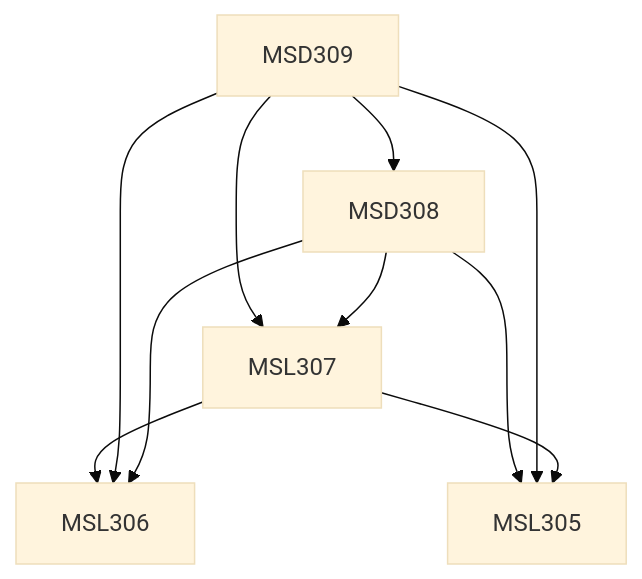
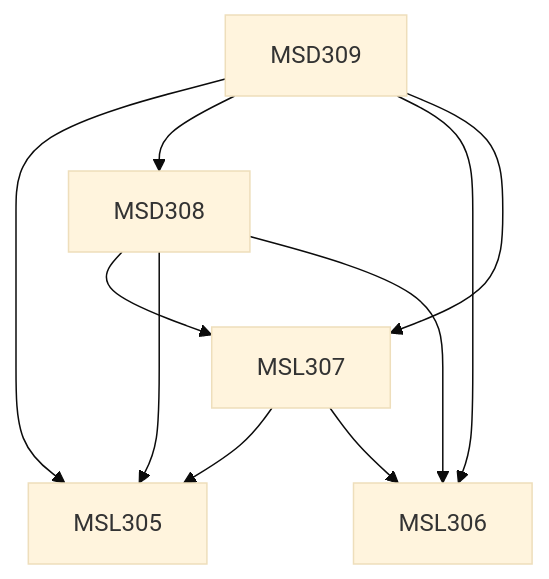
The diagram in content/Management Studies/MSD309.md (KeshavBansal0122/CoS_Website), drawn with Mermaid (base theme) before and after one commit. The commit also changed other lines of this file and 392 other files, not shown here.

````diff
--- a/content/Management Studies/MSD309.md
+++ b/content/Management Studies/MSD309.md
@@ -13,16 +13,16 @@
 ```mermaid
 flowchart TD
 MSD309-509[MSD309]
+MSD308-509 --> MSL307-509[MSL307]
+MSD308-509 --> MSL305-509[MSL305]
+MSD309-509 --> MSL305-509[MSL305]
+MSD309-509 --> MSD308-509[MSD308]
+MSD309-509 --> MSL306-509[MSL306]
+MSD309-509 --> MSL307-509[MSL307]
+MSL307-509 --> MSL305-509[MSL305]
 MSL307-509 --> MSL306-509[MSL306]
-MSD308-509 --> MSL305-509[MSL305]
-MSD309-509 --> MSL307-509[MSL307]
-MSD309-509 --> MSL305-509[MSL305]
-MSL307-509 --> MSL305-509[MSL305]
-MSD309-509 --> MSL306-509[MSL306]
-MSD308-509 --> MSL307-509[MSL307]
-MSD309-509 --> MSD308-509[MSD308]
 MSD308-509 --> MSL306-509[MSL306]
 
 classDef empty height:17px, fill:transparent, stroke:transparent;
 classDef trueEmpty height:0px, width:0px;
 ```
````
